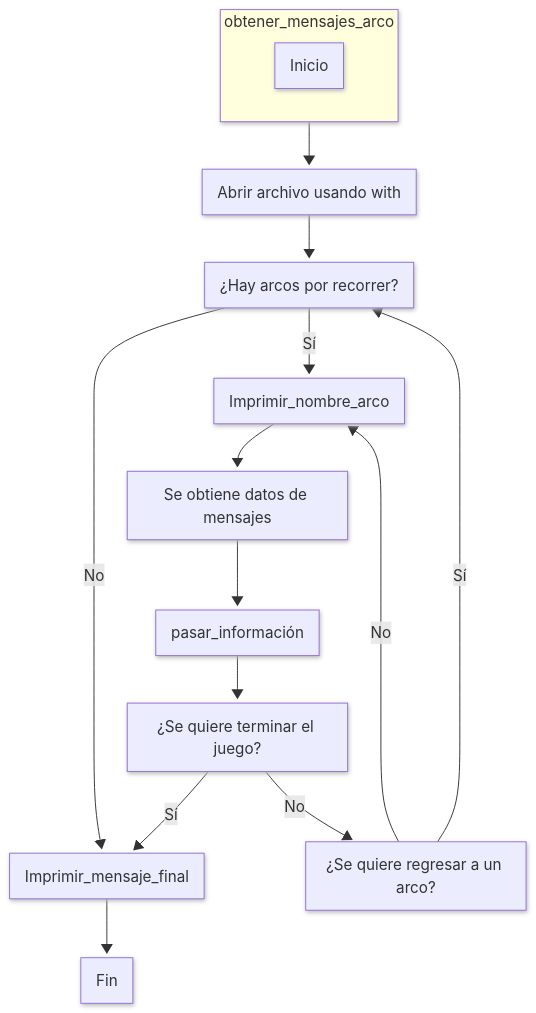
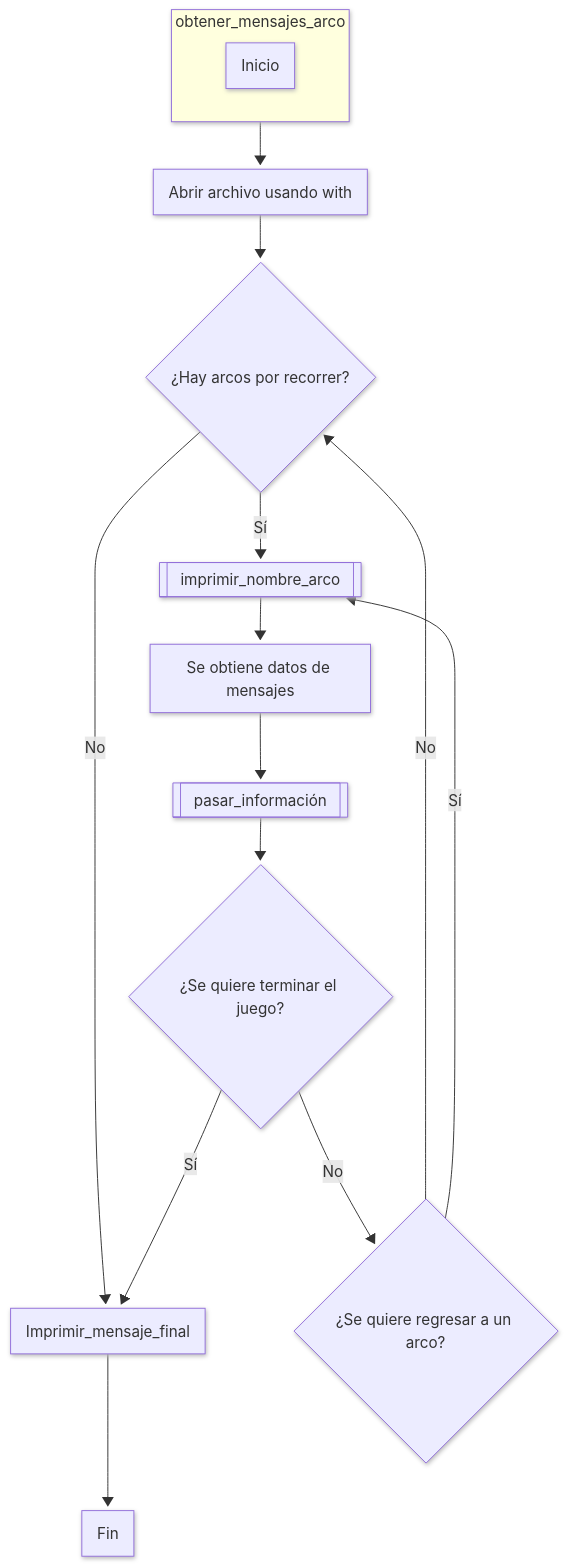
Before and after one commit to JuanJoToAl/Juego---Los_vivos_mienten: the third of 13 diagrams in README.md, drawn with Mermaid.

Commit message:
función imprimir mensajes arco

````diff
--- a/README.md
+++ b/README.md
@@ -132,34 +132,34 @@
 ```mermaid
 ---
 config:
   theme: mc
   look: neo
 ---
 flowchart TD
     subgraph s1["obtener_mensajes_arco"]
         n1["Inicio"]
     end
     s1 --> n2["Abrir archivo usando with"]
-    n2 --> n3["¿Hay arcos por recorrer?"]
-    n3 -- Sí --> n4["Imprimir_nombre_arco"]
+    n2 --> n3{"¿Hay arcos por recorrer?"}
+    n3 -- Sí --> n4[["imprimir_nombre_arco"]]
     n3 -- No --> n5["Imprimir_mensaje_final"]
     n5 --> n6["Fin"]
     n4 --> n7["Se obtiene datos de mensajes"]
-    n7 --> n8["pasar_información"]
-    n8 --> n9["¿Se quiere terminar el juego?"]
-    n9 -- No --> n11["¿Se quiere regresar a un arco?"]
+    n7 --> n8[["pasar_información"]]
+    n8 --> n9{"¿Se quiere terminar el juego?"}
+    n9 -- No --> n11{"¿Se quiere regresar a un arco?"}
     n9 -- Sí --> n5
-    n11 -- No --> n4
-    n11 -- Sí --> n3
+    n11 -- No --> n3
+    n11 -- Sí --> n4
     n1:::rounded
     n3:::diam
     n4:::subproc
     n5:::subproc
     n6:::rounded
     n8:::subproc
     n9:::diam
     n11:::diam
     classDef rounded shape: rounded;
     classDef diam shape: diam;
     classDef subproc shape: subproc;
 ```
````
